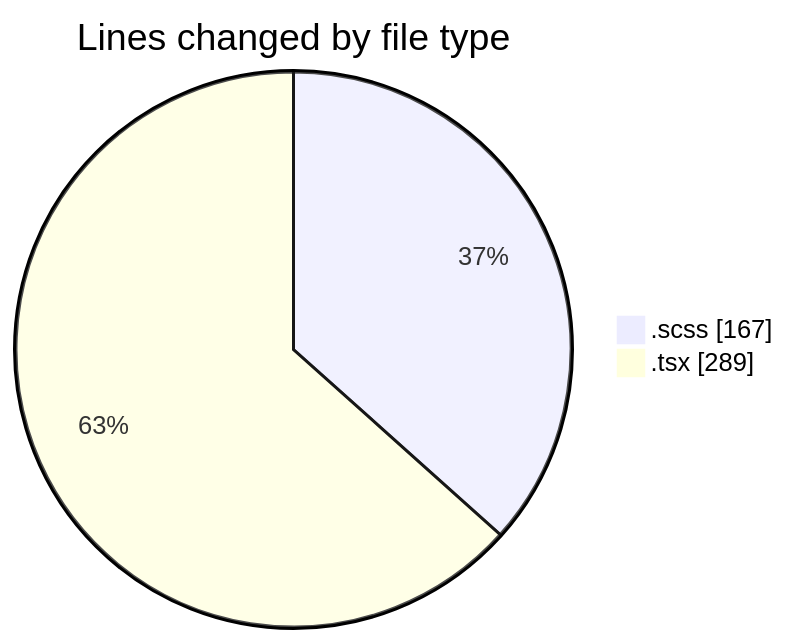
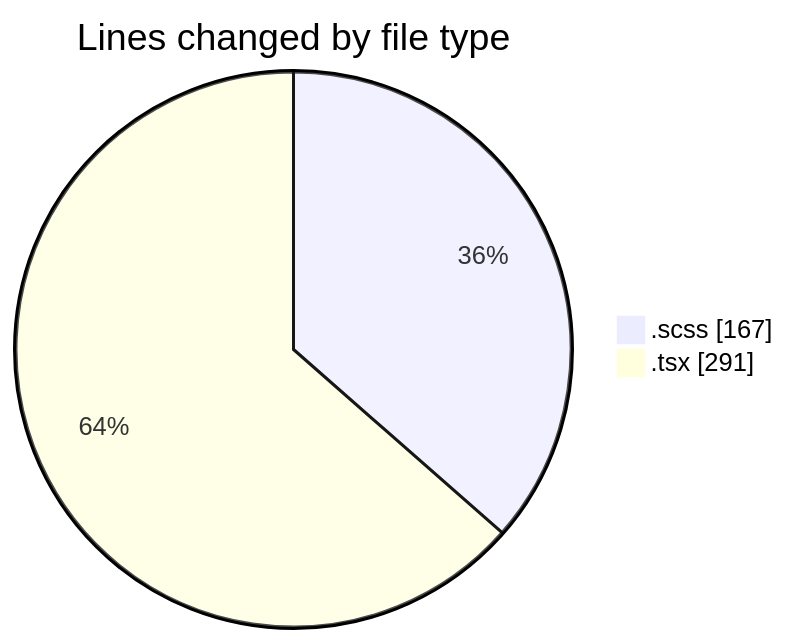
One commit to momahboobian/code-tracking changed the first of 2 diagrams in 2025-07-10/cda/README.md. Above: the diagram before and after it, drawn with Mermaid. The commit also changed other lines of this file and 1 other file, not shown here.

````diff
--- a/2025-07-10/cda/README.md
+++ b/2025-07-10/cda/README.md
@@ -28,6 +29,6 @@
 ```mermaid
 pie showData
 title Lines changed by file type
 ".scss" : 167
-".tsx" : 289
+".tsx" : 291
 ```
````
